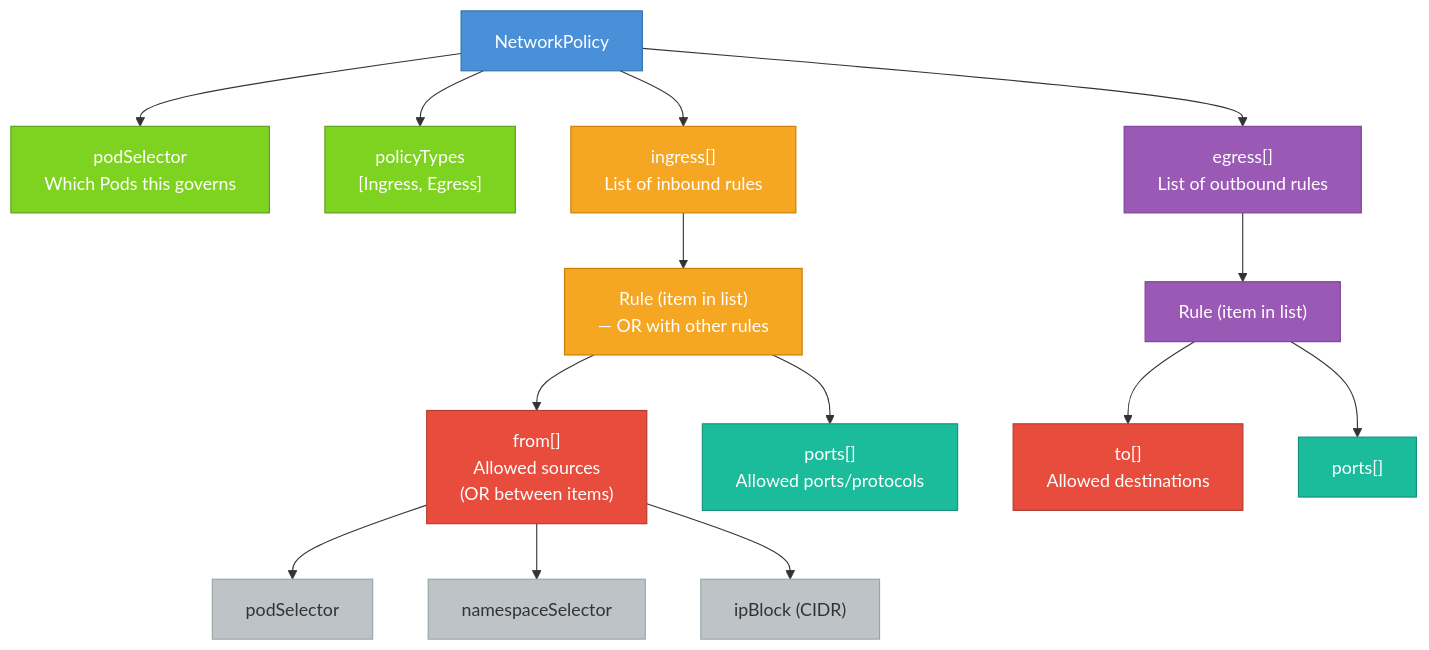
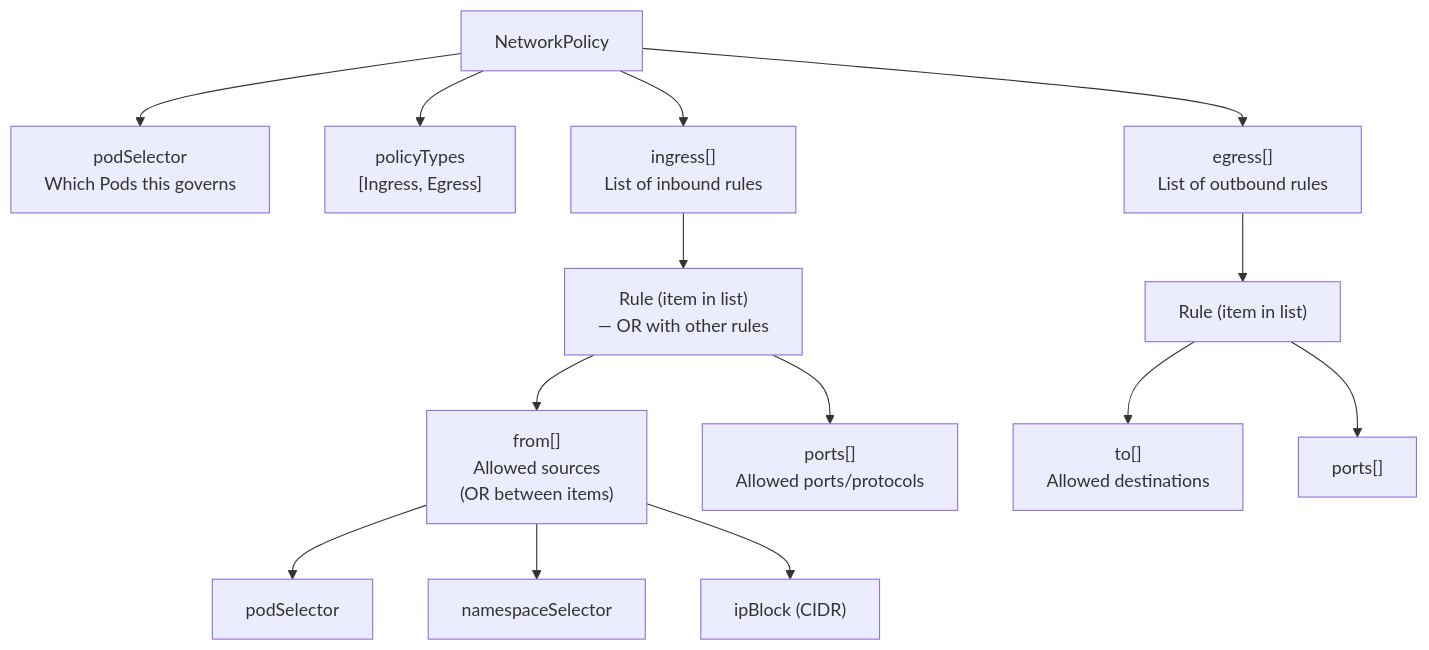
The diagram in src/courses/modules/network-policies/02-networkpolicy-structure/en/content.md (Antoine-Flo/kube-mastery), drawn with Mermaid before and after one commit. The commit also changed 21 other files, not shown here.

Commit message:
remove diagram styles

````diff
--- a/src/courses/modules/network-policies/02-networkpolicy-structure/en/content.md
+++ b/src/courses/modules/network-policies/02-networkpolicy-structure/en/content.md
@@ -161,36 +161,21 @@
 ```mermaid
 graph TD
     NP["NetworkPolicy"]
 
     NP --> PS["podSelector\nWhich Pods this governs"]
     NP --> PT["policyTypes\n[Ingress, Egress]"]
     NP --> IG["ingress[]\nList of inbound rules"]
     NP --> EG["egress[]\nList of outbound rules"]
 
     IG --> IGR["Rule (item in list)\n— OR with other rules"]
     IGR --> FROM["from[]\nAllowed sources\n(OR between items)"]
     IGR --> PORTS["ports[]\nAllowed ports/protocols"]
 
     FROM --> PS2["podSelector"]
     FROM --> NS2["namespaceSelector"]
     FROM --> IP2["ipBlock (CIDR)"]
 
     EG --> EGR["Rule (item in list)"]
     EGR --> TO["to[]\nAllowed destinations"]
     EGR --> PORTS2["ports[]"]
-
-    style NP fill:#4A90D9,color:#fff,stroke:#2c6fad
-    style PS fill:#7ED321,color:#fff,stroke:#5a9c18
-    style PT fill:#7ED321,color:#fff,stroke:#5a9c18
-    style IG fill:#F5A623,color:#fff,stroke:#c77d00
-    style EG fill:#9B59B6,color:#fff,stroke:#7d3f9a
-    style IGR fill:#F5A623,color:#fff,stroke:#c77d00
-    style EGR fill:#9B59B6,color:#fff,stroke:#7d3f9a
-    style FROM fill:#E74C3C,color:#fff,stroke:#b03a2e
-    style TO fill:#E74C3C,color:#fff,stroke:#b03a2e
-    style PORTS fill:#1ABC9C,color:#fff,stroke:#148f77
-    style PORTS2 fill:#1ABC9C,color:#fff,stroke:#148f77
-    style PS2 fill:#BDC3C7,color:#333,stroke:#95a5a6
-    style NS2 fill:#BDC3C7,color:#333,stroke:#95a5a6
-    style IP2 fill:#BDC3C7,color:#333,stroke:#95a5a6
 ```
````
